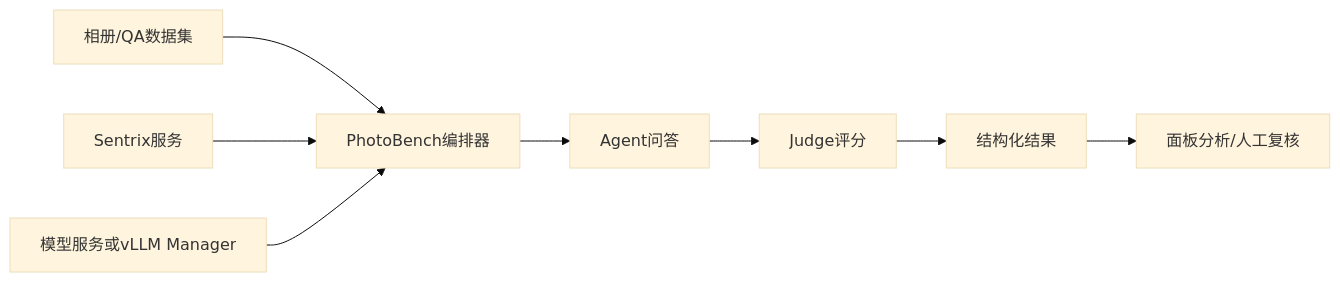
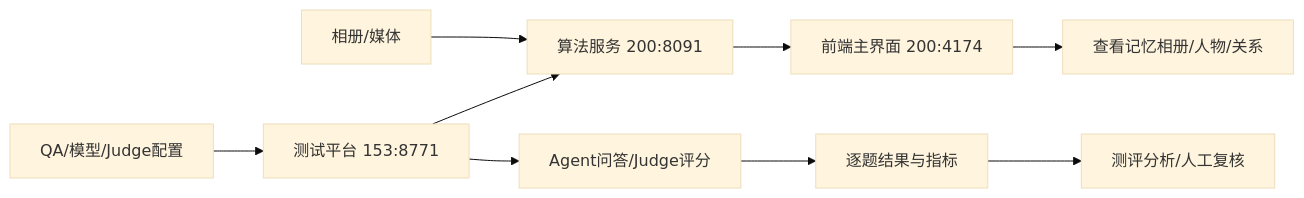
Before and after one commit to yuxi1996/sentrix-home-test: the first of 12 diagrams in docs/project-introduction-and-evaluation-guide.md, drawn with Mermaid (base theme). The commit also changed other lines of this file and 1 other file, not shown here.

Commit message:
docs: clarify three-layer system architecture

````diff
--- a/docs/project-introduction-and-evaluation-guide.md
+++ b/docs/project-introduction-and-evaluation-guide.md
@@ -13,10 +23,11 @@
 ```mermaid
 flowchart LR
-    A[相册/QA数据集] --> B[PhotoBench编排器]
-    C[Sentrix服务] --> B
-    D[模型服务或vLLM Manager] --> B
-    B --> E[Agent问答]
-    E --> F[Judge评分]
-    F --> G[结构化结果]
-    G --> H[面板分析/人工复核]
+    A[相册/媒体] --> B[算法服务 200:8091]
+    B --> C[前端主界面 200:4174]
+    D[QA/模型/Judge配置] --> E[测试平台 153:8771]
+    E --> B
+    E --> F[Agent问答/Judge评分]
+    F --> G[逐题结果与指标]
+    C --> H[查看记忆相册/人物/关系]
+    G --> I[测评分析/人工复核]
 ```
````
